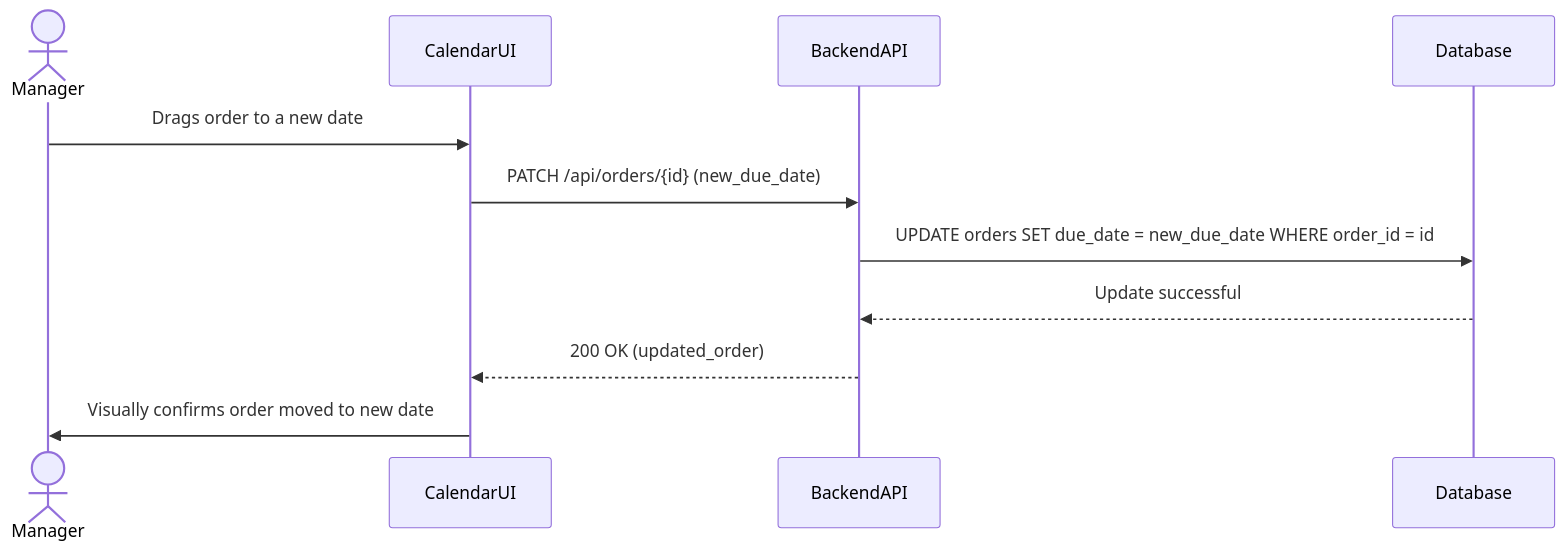
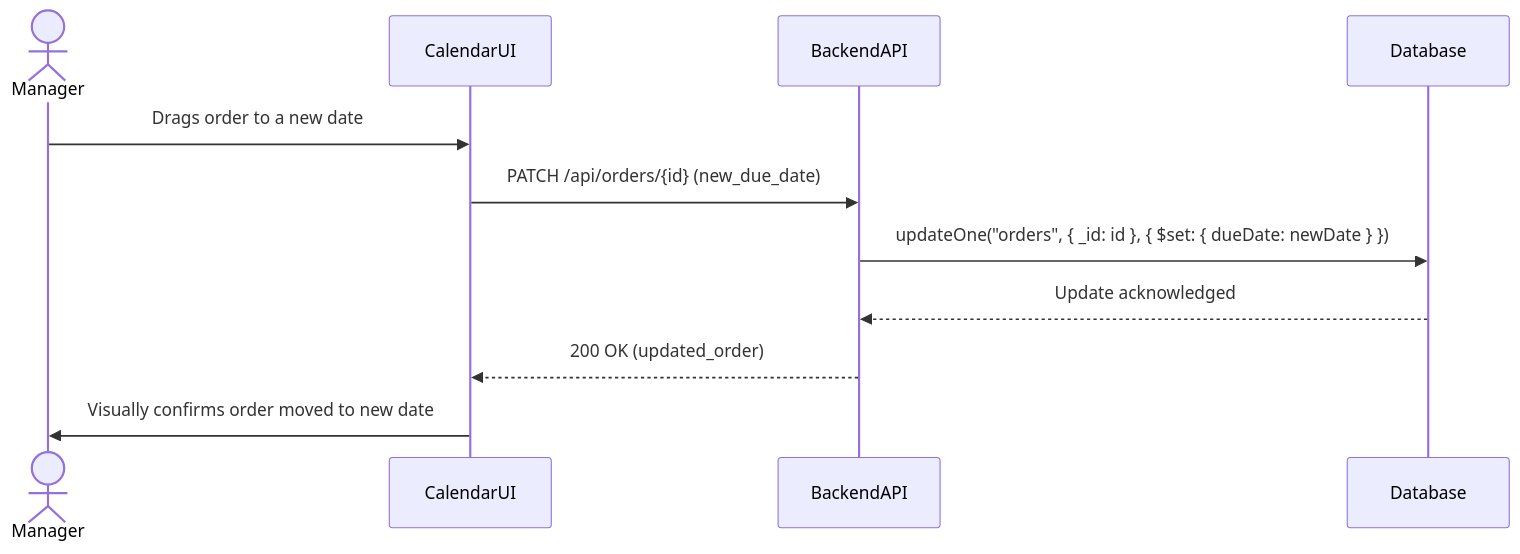
Before and after one commit to TheFelixGomez/cen5035-optiflow-frontend: the second of 7 diagrams in docs/sequence-diagrams.md, drawn with Mermaid. The commit also changed other lines of this file, not shown here.

Commit message:
docs: align sequence diagrams with MongoDB operations

````diff
--- a/docs/sequence-diagrams.md
+++ b/docs/sequence-diagrams.md
@@ -30,14 +30,14 @@
 ```mermaid
 sequenceDiagram
     actor Manager
     participant CalendarUI
     participant BackendAPI
     participant Database
 
     Manager->>CalendarUI: Drags order to a new date
     CalendarUI->>BackendAPI: PATCH /api/orders/{id} (new_due_date)
-    BackendAPI->>Database: UPDATE orders SET due_date = new_due_date WHERE order_id = id
-    Database-->>BackendAPI: Update successful
+    BackendAPI->>Database: updateOne("orders", { _id: id }, { $set: { dueDate: newDate } })
+    Database-->>BackendAPI: Update acknowledged
     BackendAPI-->>CalendarUI: 200 OK (updated_order)
     CalendarUI->>Manager: Visually confirms order moved to new date
 ```
````
